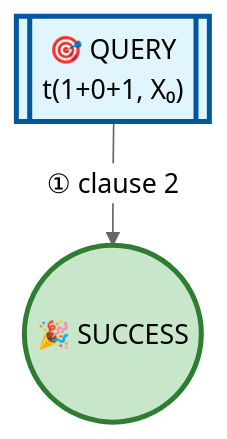
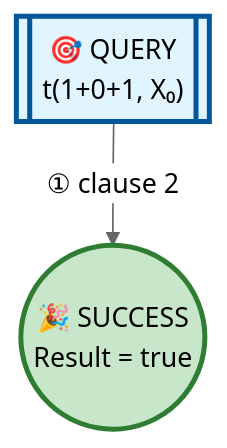
Before and after one commit to jarecsni/prolog-trace-viz: the diagram in examples/operator-output.md, drawn with Mermaid (neutral theme). The commit also changed 9 other files, not shown here.

````diff
--- a/examples/operator-output.md
+++ b/examples/operator-output.md
@@ -17,14 +17,14 @@
 ```mermaid
 graph TD
 
 %% Nodes
 A[["🎯 QUERY<br/>t(1+0+1, X₀)"]]
-B(("🎉 SUCCESS"))
+B(("🎉 SUCCESS<br/>Result = true"))
 
 %% Edges
 A -->|"① clause 2"| B
 
 %% Styles
 style A fill:#e1f5ff,stroke:#01579b,stroke-width:3px
 style B fill:#c8e6c9,stroke:#2e7d32,stroke-width:3px
 ```
````
